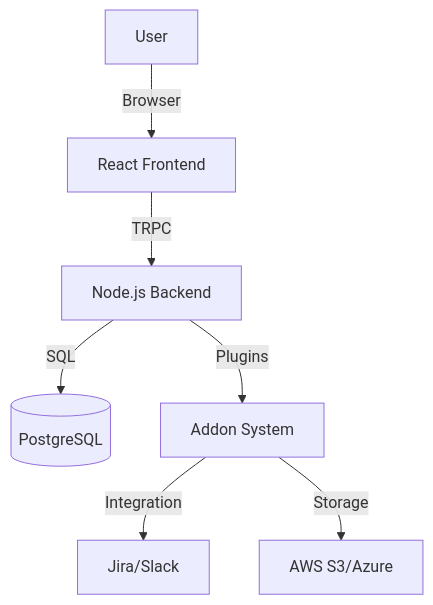
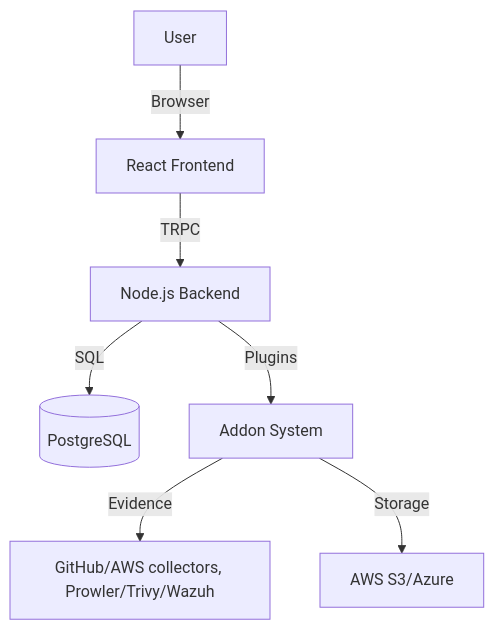
Before and after one commit to Sectutor/ComplianceOS: the diagram in README.md, drawn with Mermaid. The commit also changed other lines of this file and 15 other files, not shown here.

````diff
--- a/README.md
+++ b/README.md
@@ -119,9 +126,9 @@
 ```mermaid
 graph TD
     User[User] -->|Browser| UI[React Frontend]
     UI -->|TRPC| API[Node.js Backend]
     API -->|SQL| DB[(PostgreSQL)]
     API -->|Plugins| Addons[Addon System]
-    Addons -->|Integration| Jira[Jira/Slack]
+    Addons -->|Evidence| Scan[GitHub/AWS collectors, Prowler/Trivy/Wazuh]
     Addons -->|Storage| S3[AWS S3/Azure]
 ```
````
